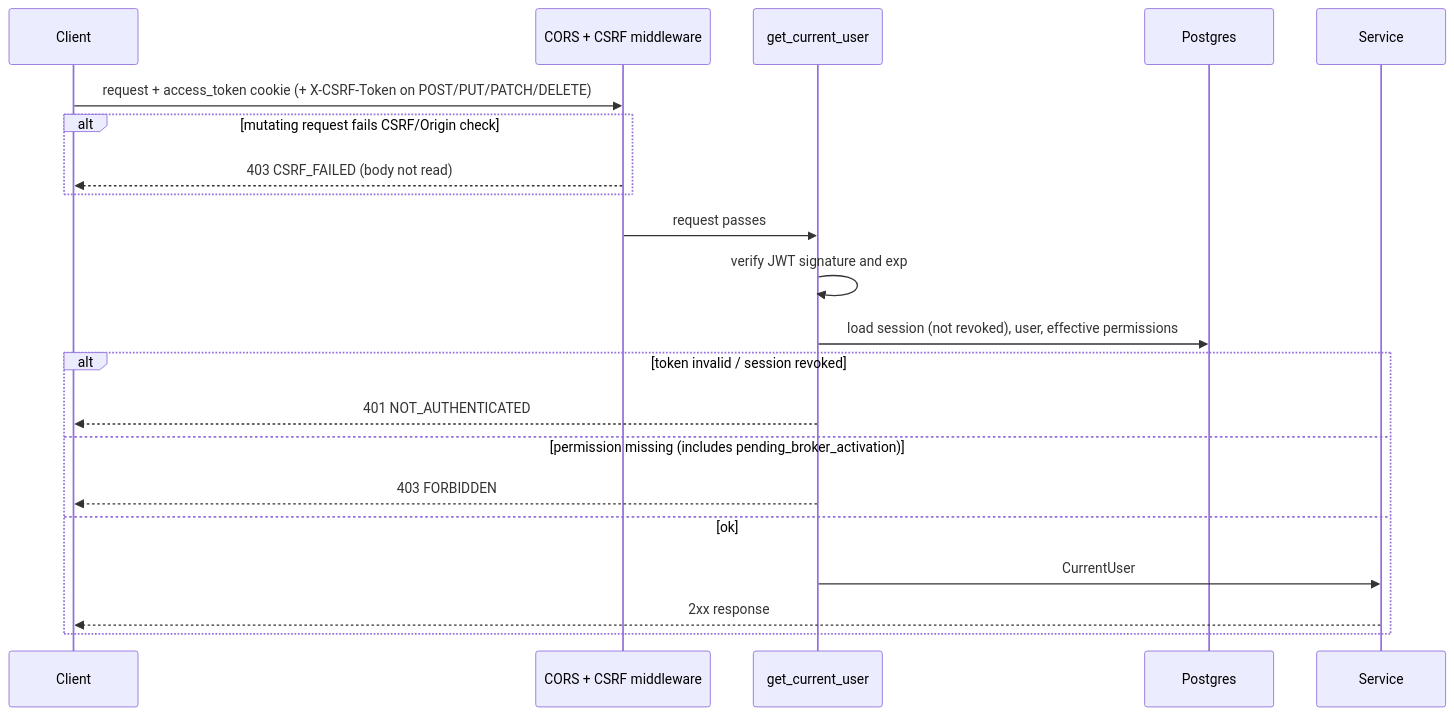
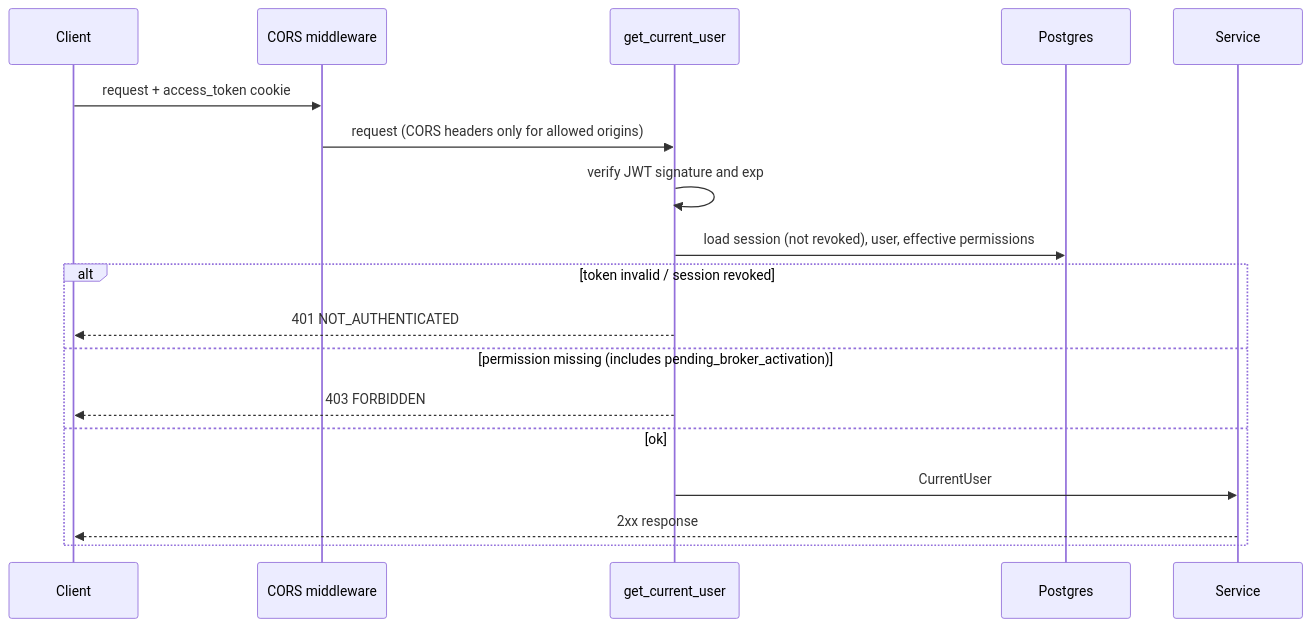
Before and after one commit to DarkJans19/acciones_ud_capital_flow: the second of 6 diagrams in .kiro/specs/identity-market-backend/design.md, drawn with Mermaid. The commit also changed other lines of this file and 2 other files, not shown here.

First line of the commit message:
docs(specs): drop CSRF and Origin validation from identity-market-backend

````diff
--- a/.kiro/specs/identity-market-backend/design.md
+++ b/.kiro/specs/identity-market-backend/design.md
@@ -164,23 +163,20 @@
 ```mermaid
 sequenceDiagram
     participant C as Client
-    participant MW as CORS + CSRF middleware
+    participant MW as CORS middleware
     participant DEP as get_current_user
     participant DB as Postgres
     participant SVC as Service
-    C->>MW: request + access_token cookie (+ X-CSRF-Token on POST/PUT/PATCH/DELETE)
-    alt mutating request fails CSRF/Origin check
-        MW-->>C: 403 CSRF_FAILED (body not read)
-    end
-    MW->>DEP: request passes
+    C->>MW: request + access_token cookie
+    MW->>DEP: request (CORS headers only for allowed origins)
     DEP->>DEP: verify JWT signature and exp
     DEP->>DB: load session (not revoked), user, effective permissions
     alt token invalid / session revoked
         DEP-->>C: 401 NOT_AUTHENTICATED
     else permission missing (includes pending_broker_activation)
         DEP-->>C: 403 FORBIDDEN
     else ok
         DEP->>SVC: CurrentUser
         SVC-->>C: 2xx response
     end
 ```
````
